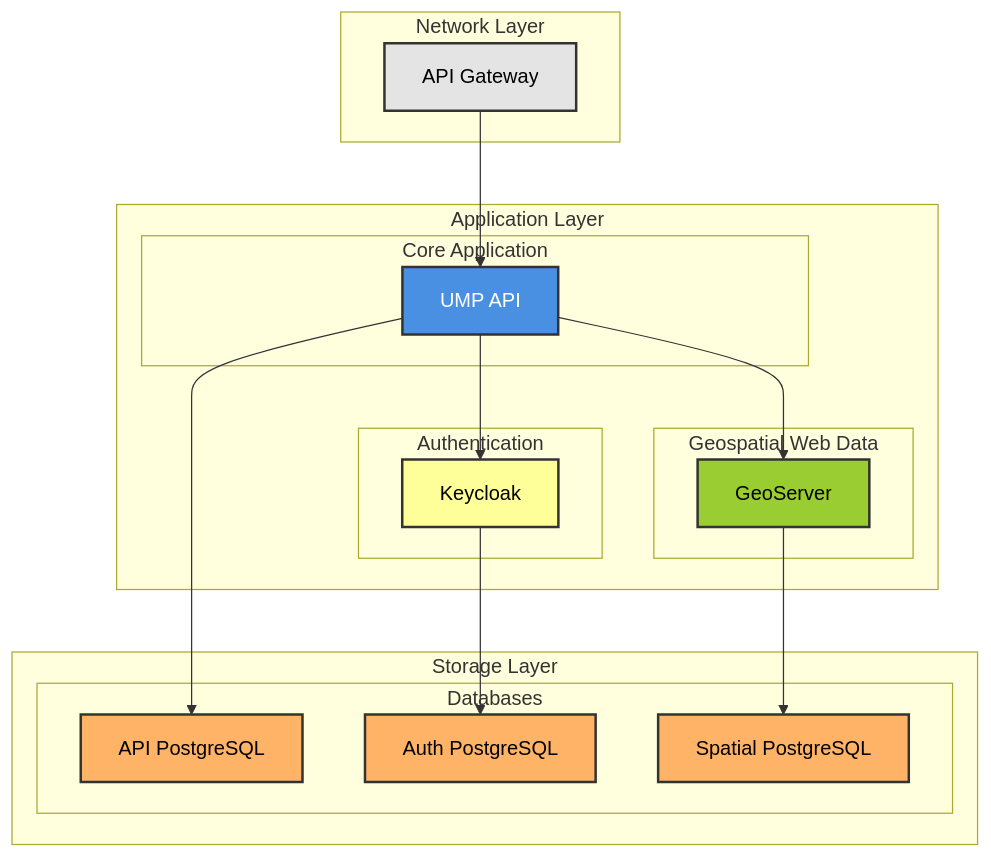
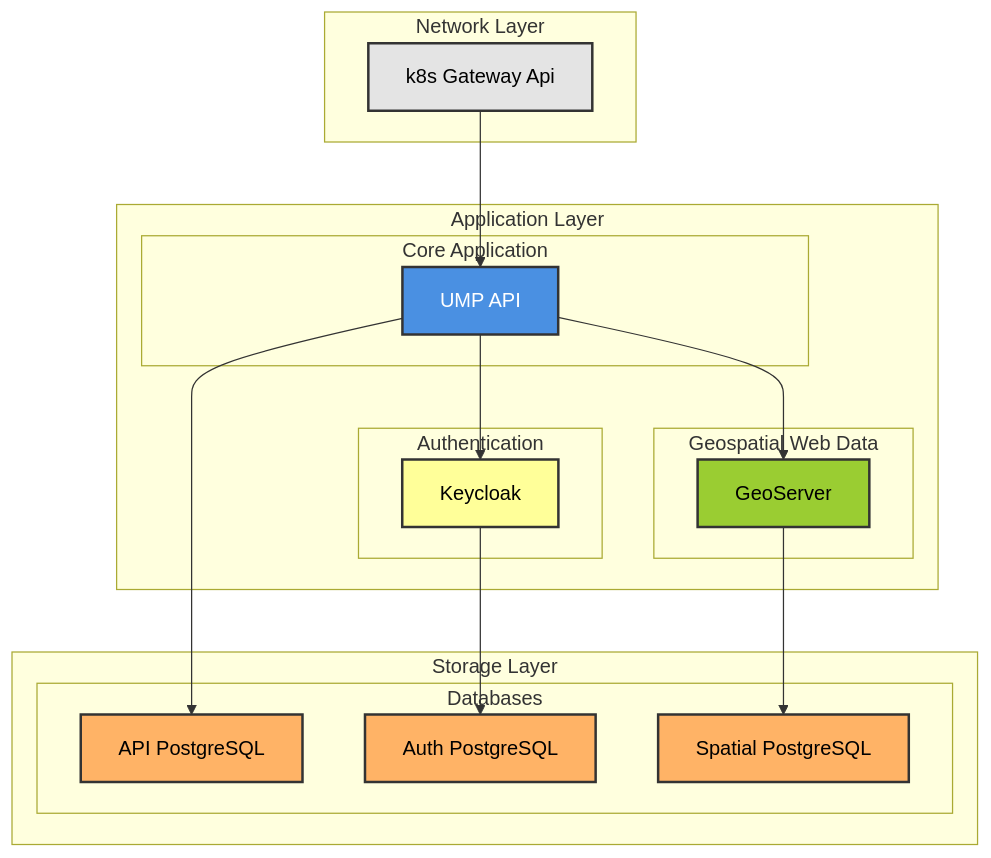
Before and after one commit to citysciencelab/urban-model-platform: the diagram in README.md, drawn with Mermaid. The commit also changed other lines of this file, not shown here.

Commit message:
improved heading and naming

````diff
--- a/README.md
+++ b/README.md
@@ -12,58 +12,58 @@
 ```mermaid
 flowchart TB
     %% Define styles
     classDef api fill:#4a90e2,stroke:#333,stroke-width:2px,color:white
     classDef auth fill:#ff9,stroke:#333,stroke-width:2px,color:black
     classDef db fill:#ffb366,stroke:#333,stroke-width:2px,color:black
     classDef gateway fill:#e4e4e4,stroke:#333,stroke-width:2px,color:black
     classDef geoserver fill:#9acd32,stroke:#333,stroke-width:2px,color:black
 
     %% Components
     api[UMP API]
-    gateway[API Gateway]
+    gateway[k8s Gateway Api]
     keycloak[Keycloak]
     geoserver[GeoServer]
     db_api[API PostgreSQL]
     db_auth[Auth PostgreSQL]
     db_spatial[Spatial PostgreSQL]
 
     %% Dependencies
     gateway --> api
     api --> keycloak
     api --> db_api
     api --> geoserver
     keycloak --> db_auth
     geoserver --> db_spatial
 
     %% Apply styles
     class api api
     class gateway gateway
     class keycloak auth
     class geoserver geoserver
     class db_api,db_auth,db_spatial db
 
     %% Layered subgraphs
     subgraph Network Layer
         gateway
     end
 
     subgraph Application Layer
         subgraph Authentication
             keycloak
         end
         subgraph Core Application
             api
         end
         subgraph Geospatial Web Data
             geoserver
         end
     end
 
     subgraph Storage Layer
         subgraph Databases
             db_api
             db_auth
             db_spatial
         end
     end
 ```
````
